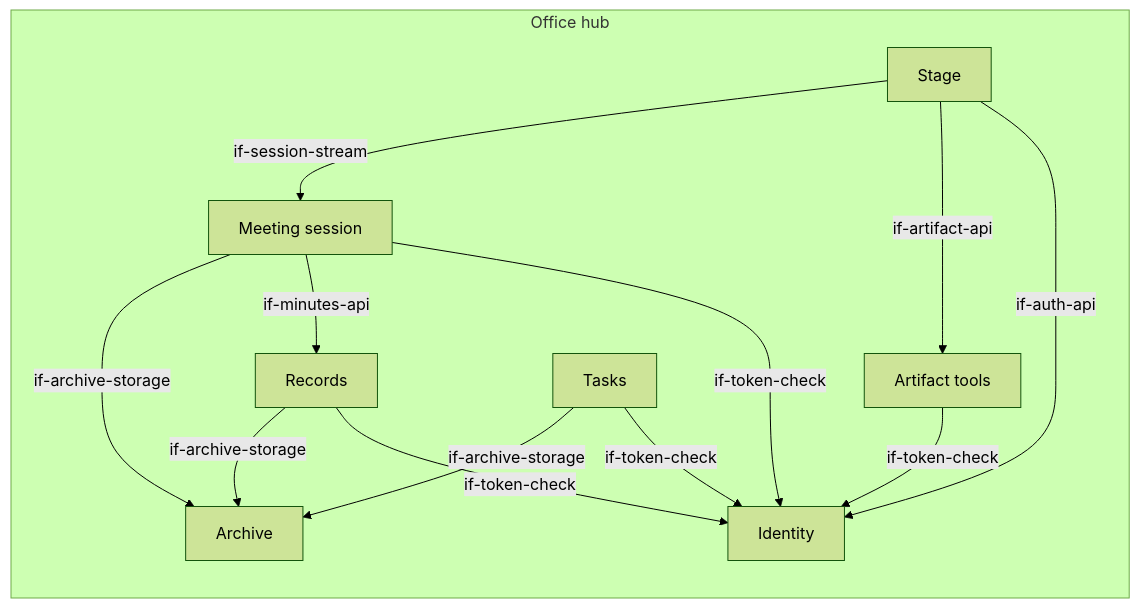
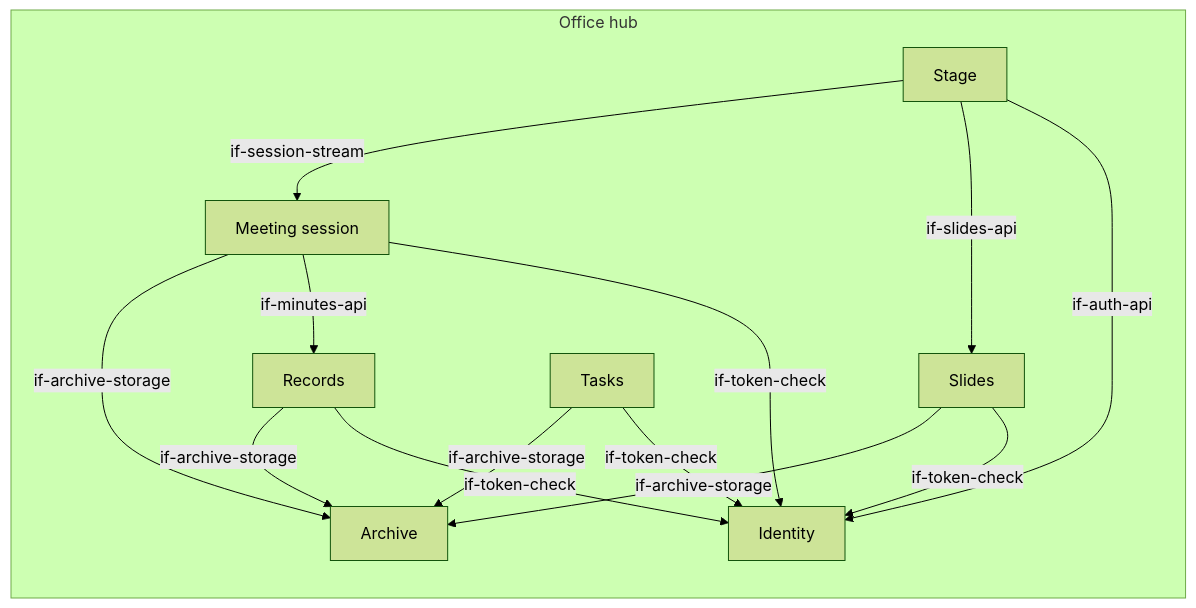
The second of 3 diagrams in docs/architecture/05-building-blocks.arc42.md (mrsimpson/agentic-office), drawn with Mermaid (forest theme) before and after one commit. The commit also changed other lines of this file and 40 other files, not shown here.

````diff
--- a/docs/architecture/05-building-blocks.arc42.md
+++ b/docs/architecture/05-building-blocks.arc42.md
@@ -66,23 +66,24 @@
 ```mermaid
 flowchart LR
     subgraph bb_office_hub [Office hub]
         bb_archive[Archive]
-        bb_artifact_service[Artifact tools]
         bb_identity[Identity]
         bb_records[Records]
         bb_session_service[Meeting session]
+        bb_slides[Slides]
         bb_stage[Stage]
         bb_tasks[Tasks]
     end
-    bb_artifact_service -->|if-token-check| bb_identity
     bb_records -->|if-archive-storage| bb_archive
     bb_records -->|if-token-check| bb_identity
     bb_session_service -->|if-archive-storage| bb_archive
     bb_session_service -->|if-minutes-api| bb_records
     bb_session_service -->|if-token-check| bb_identity
+    bb_slides -->|if-archive-storage| bb_archive
+    bb_slides -->|if-token-check| bb_identity
     bb_stage -->|if-session-stream| bb_session_service
-    bb_stage -->|if-artifact-api| bb_artifact_service
+    bb_stage -->|if-slides-api| bb_slides
     bb_stage -->|if-auth-api| bb_identity
     bb_tasks -->|if-archive-storage| bb_archive
     bb_tasks -->|if-token-check| bb_identity
 ```
````
